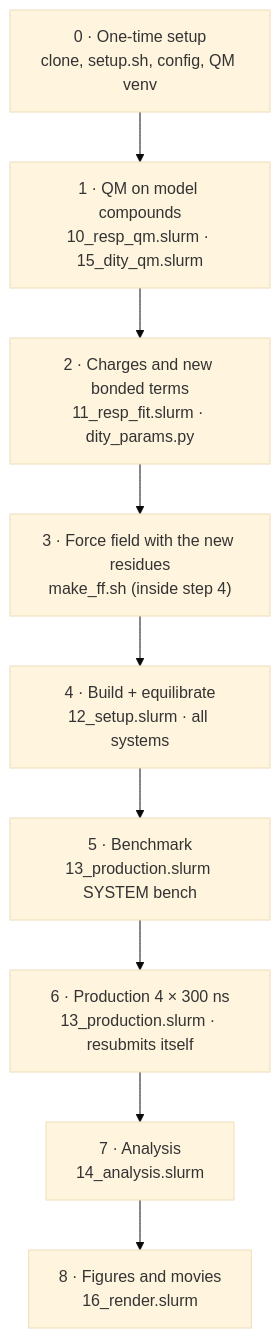
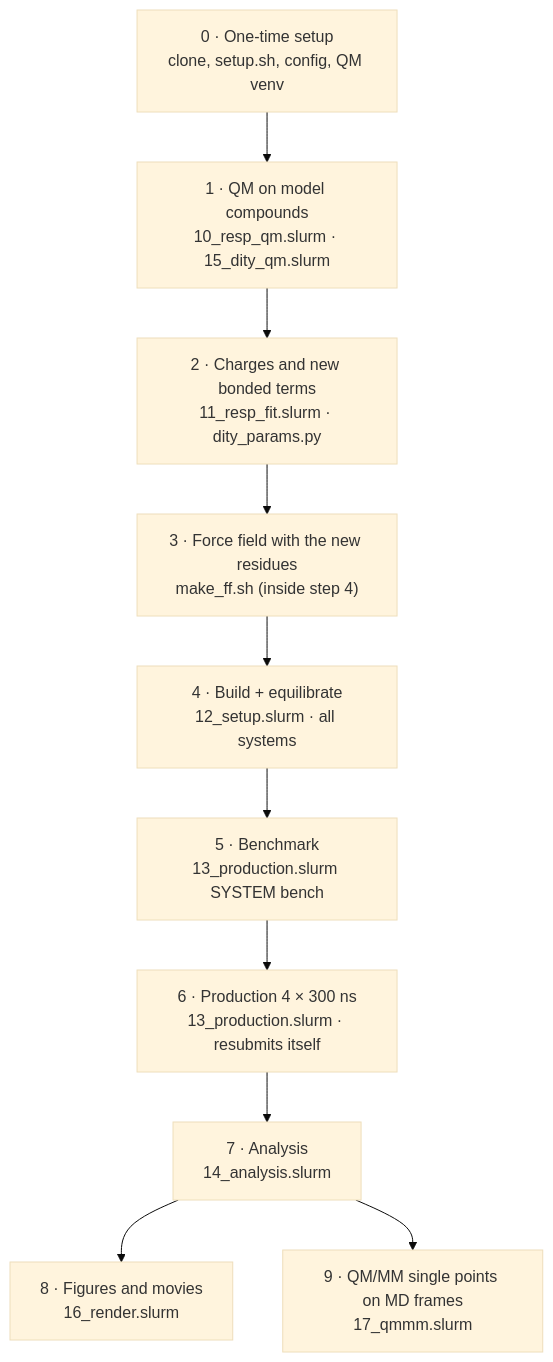
One commit to klimacht/ssi-workflow changed the diagram in dopa/README.md. Above: the diagram before and after it, drawn with Mermaid (base theme). The commit also changed other lines of this file and 5 other files, not shown here.

First line of the commit message:
dopa: QM/MM single points per Tyr on MD frames (step 9, 17_qmmm.slurm)

````diff
--- a/dopa/README.md
+++ b/dopa/README.md
@@ -167,12 +168,13 @@
 ```mermaid
 flowchart TD
   A["0 · One-time setup<br/>clone, setup.sh, config, QM venv"] --> B
   B["1 · QM on model compounds<br/>10_resp_qm.slurm · 15_dity_qm.slurm"] --> C
   C["2 · Charges and new bonded terms<br/>11_resp_fit.slurm · dity_params.py"] --> D
   D["3 · Force field with the new residues<br/>make_ff.sh (inside step 4)"] --> E
   E["4 · Build + equilibrate<br/>12_setup.slurm · all systems"] --> F
   F["5 · Benchmark<br/>13_production.slurm SYSTEM bench"] --> G
   G["6 · Production 4 × 300 ns<br/>13_production.slurm · resubmits itself"] --> H
   H["7 · Analysis<br/>14_analysis.slurm"] --> I
   I["8 · Figures and movies<br/>16_render.slurm"]
+  H --> J["9 · QM/MM single points on MD frames<br/>17_qmmm.slurm"]
 ```
````
